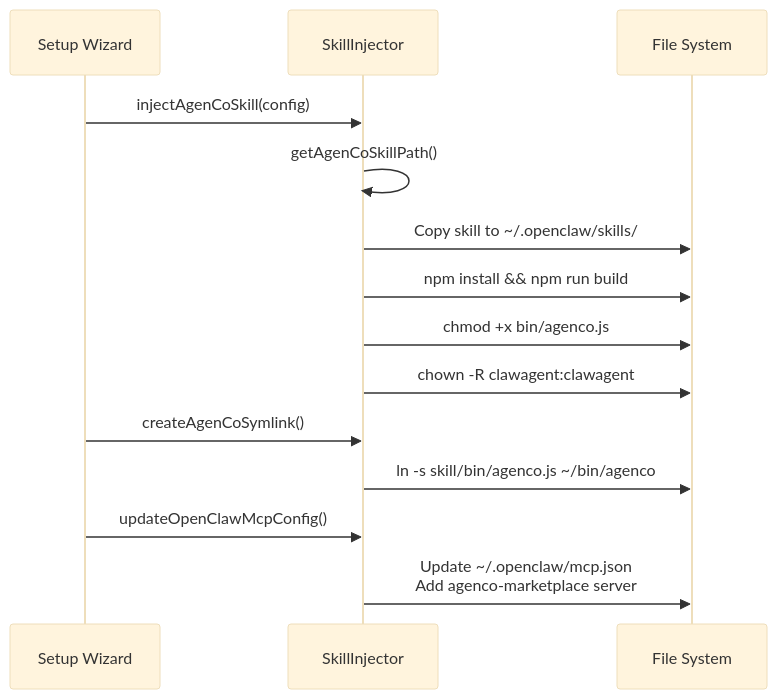
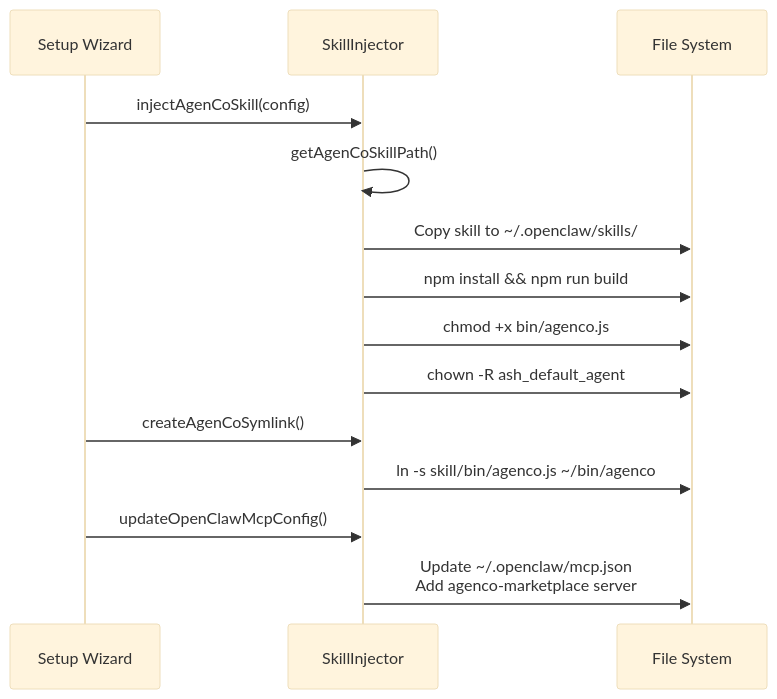
Before and after one commit to agen-co/agenshield: diagram 11 of 13 in ARCHITECTURE.md, drawn with Mermaid (base theme). The commit also changed other lines of this file and 89 other files, not shown here.

````diff
--- a/ARCHITECTURE.md
+++ b/ARCHITECTURE.md
@@ -539,23 +682,23 @@
 ```mermaid
 sequenceDiagram
     participant Setup as Setup Wizard
     participant Injector as SkillInjector
     participant FS as File System
 
     Setup->>Injector: injectAgenCoSkill(config)
 
     Injector->>Injector: getAgenCoSkillPath()
     Injector->>FS: Copy skill to ~/.openclaw/skills/
 
     Injector->>FS: npm install && npm run build
 
     Injector->>FS: chmod +x bin/agenco.js
 
-    Injector->>FS: chown -R clawagent:clawagent
+    Injector->>FS: chown -R ash_default_agent
 
     Setup->>Injector: createAgenCoSymlink()
     Injector->>FS: ln -s skill/bin/agenco.js ~/bin/agenco
 
     Setup->>Injector: updateOpenClawMcpConfig()
     Injector->>FS: Update ~/.openclaw/mcp.json<br/>Add agenco-marketplace server
 ```
````
